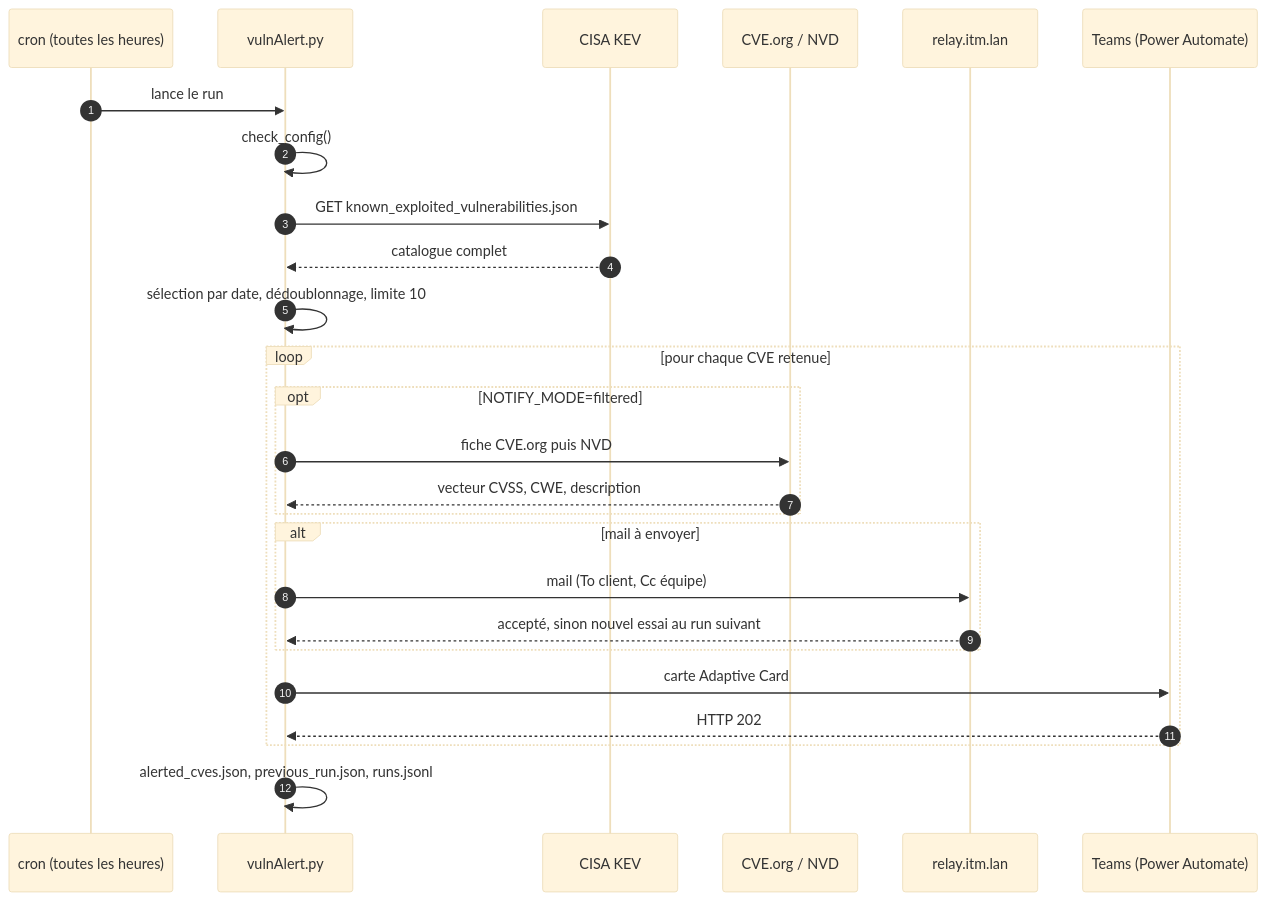
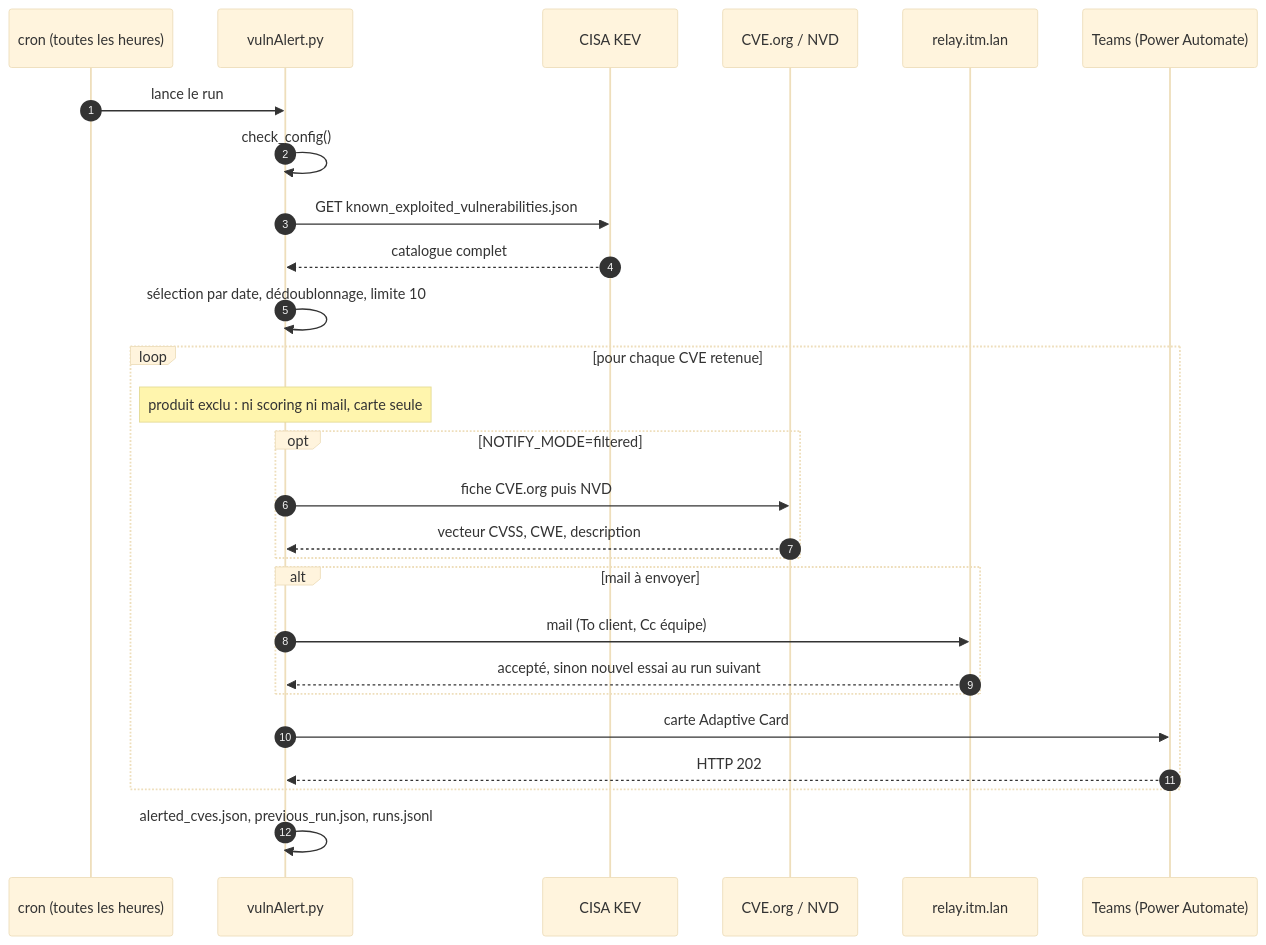
Before and after one commit to Ahmed94120/VulnSearch: the fourth of 9 diagrams in README.md, drawn with Mermaid (base theme). The commit also changed other lines of this file and 5 other files, not shown here.

````diff
--- a/README.md
+++ b/README.md
@@ -139,29 +147,30 @@
 ```mermaid
 sequenceDiagram
     autonumber
     participant Cron as cron (toutes les heures)
     participant VA as vulnAlert.py
     participant CISA as CISA KEV
     participant SC as CVE.org / NVD
     participant SMTP as relay.itm.lan
     participant T as Teams (Power Automate)
 
     Cron->>VA: lance le run
     VA->>VA: check_config()
     VA->>CISA: GET known_exploited_vulnerabilities.json
     CISA-->>VA: catalogue complet
     VA->>VA: sélection par date, dédoublonnage, limite 10
     loop pour chaque CVE retenue
+        Note over VA: produit exclu : ni scoring ni mail, carte seule
         opt NOTIFY_MODE=filtered
             VA->>SC: fiche CVE.org puis NVD
             SC-->>VA: vecteur CVSS, CWE, description
         end
         alt mail à envoyer
             VA->>SMTP: mail (To client, Cc équipe)
             SMTP-->>VA: accepté, sinon nouvel essai au run suivant
         end
         VA->>T: carte Adaptive Card
         T-->>VA: HTTP 202
     end
     VA->>VA: alerted_cves.json, previous_run.json, runs.jsonl
 ```
````
